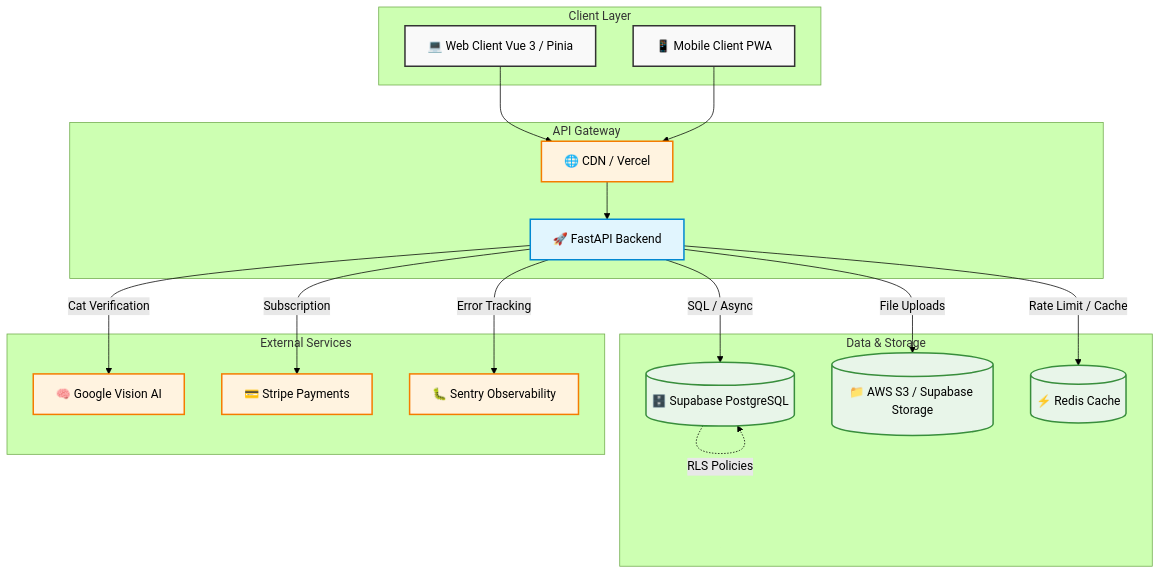
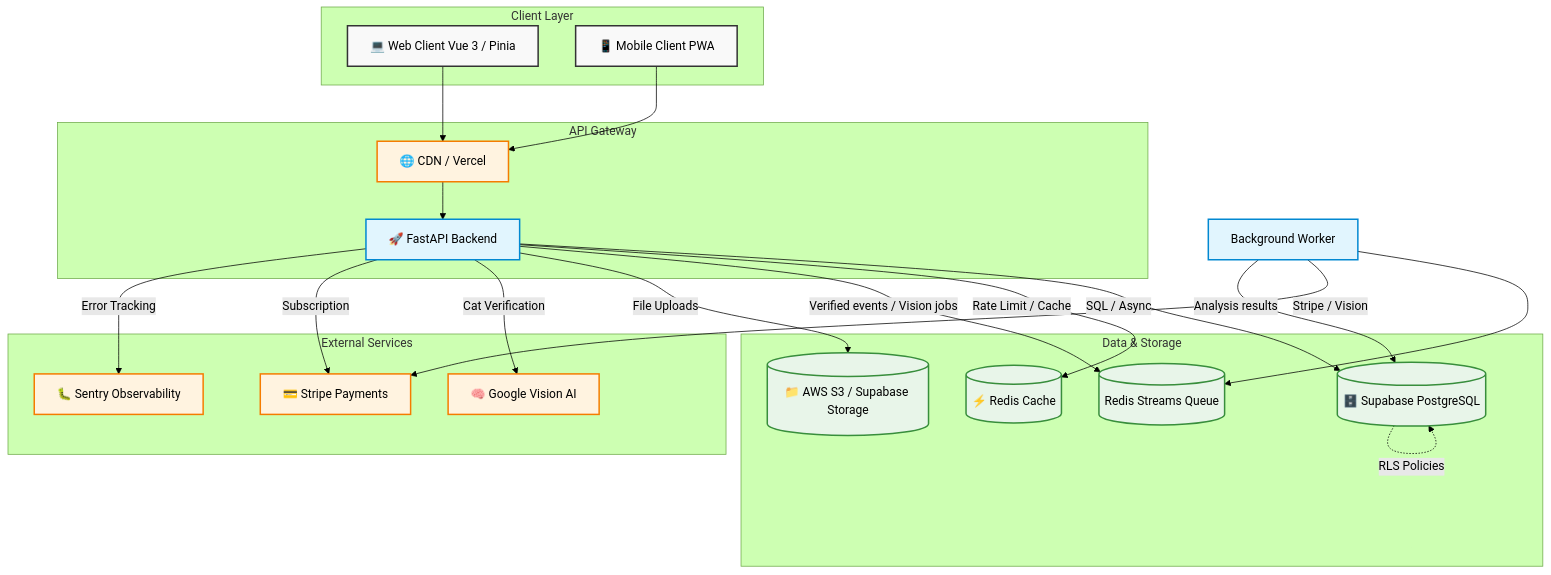
The diagram in docs/architecture/ARCHITECTURE.md (ChaLconner/purrfect-spots), drawn with Mermaid (forest theme) before and after one commit. The commit also changed other lines of this file and 50 other files, not shown here.

````diff
--- a/docs/architecture/ARCHITECTURE.md
+++ b/docs/architecture/ARCHITECTURE.md
@@ -7,50 +7,55 @@
 ```mermaid
 graph TD
     %% Define styles
     classDef client fill:#f9f9f9,stroke:#333,stroke-width:2px;
     classDef backend fill:#e1f5fe,stroke:#0288d1,stroke-width:2px;
     classDef db fill:#e8f5e9,stroke:#388e3c,stroke-width:2px;
     classDef external fill:#fff3e0,stroke:#f57c00,stroke-width:2px;
 
     %% Client Layer
     subgraph Client Layer
         Web[💻 Web Client Vue 3 / Pinia]:::client
         Mobile[📱 Mobile Client PWA]:::client
     end
 
     %% API / Gateway Layer
     subgraph API Gateway
         CDN[🌐 CDN / Vercel]:::external
         FastAPI[🚀 FastAPI Backend]:::backend
     end
 
     %% Services & Data Layer
     subgraph Data & Storage
         SupabaseDB[(🗄️ Supabase PostgreSQL)]:::db
         S3[(📁 AWS S3 / Supabase Storage)]:::db
         Redis[(⚡ Redis Cache)]:::db
+        QueueRedis[(Redis Streams Queue)]:::db
     end
 
     %% External APIs
     subgraph External Services
         VisionAI[🧠 Google Vision AI]:::external
         Stripe[💳 Stripe Payments]:::external
         Sentry[🐛 Sentry Observability]:::external
     end
 
     %% Connections
     Web --> CDN
     Mobile --> CDN
     CDN --> FastAPI
     
     FastAPI -- "SQL / Async" --> SupabaseDB
     FastAPI -- "Rate Limit / Cache" --> Redis
+    FastAPI -- "Verified events / Vision jobs" --> QueueRedis
+    QueueWorker[Background Worker]:::backend --> QueueRedis
+    QueueWorker -- "Stripe / Vision" --> Stripe
+    QueueWorker -- "Analysis results" --> SupabaseDB
     FastAPI -- "File Uploads" --> S3
     
     FastAPI -- "Cat Verification" --> VisionAI
     FastAPI -- "Subscription" --> Stripe
     FastAPI -- "Error Tracking" --> Sentry
 
     %% DB Security
     SupabaseDB -. "RLS Policies" .-> SupabaseDB
 ```
````
